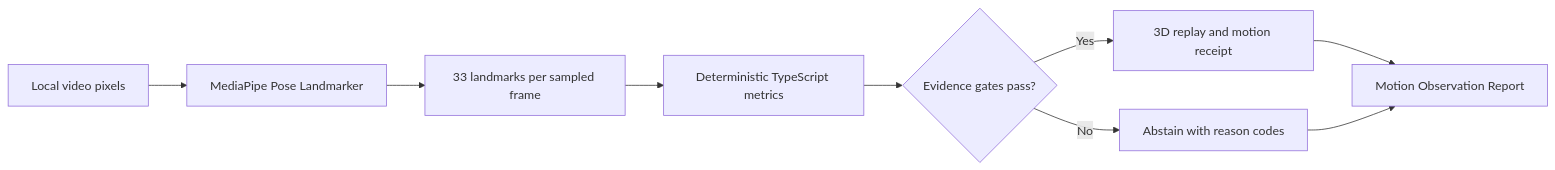
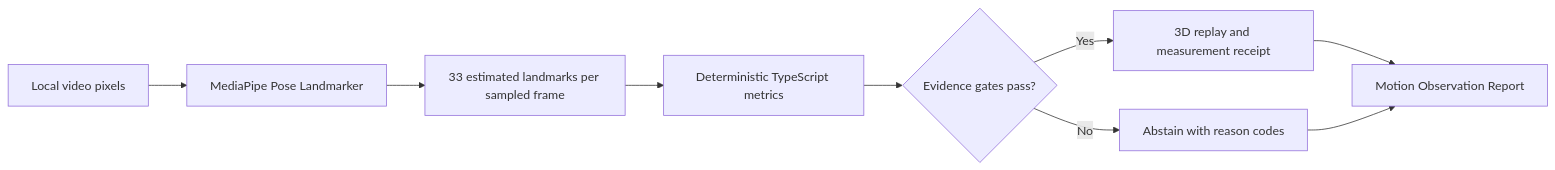
Before and after one commit to vedantggwp/motion-xray: the first of 2 diagrams in README.md, drawn with Mermaid. The commit also changed other lines of this file and 39 other files, not shown here.

````diff
--- a/README.md
+++ b/README.md
@@ -95,11 +97,11 @@
 ```mermaid
 flowchart LR
   A["Local video pixels"] --> B["MediaPipe Pose Landmarker"]
-  B --> C["33 landmarks per sampled frame"]
+  B --> C["33 estimated landmarks per sampled frame"]
   C --> D["Deterministic TypeScript metrics"]
   D --> E{"Evidence gates pass?"}
-  E -->|Yes| F["3D replay and motion receipt"]
+  E -->|Yes| F["3D replay and measurement receipt"]
   E -->|No| G["Abstain with reason codes"]
   F --> H["Motion Observation Report"]
   G --> H
 ```
````
